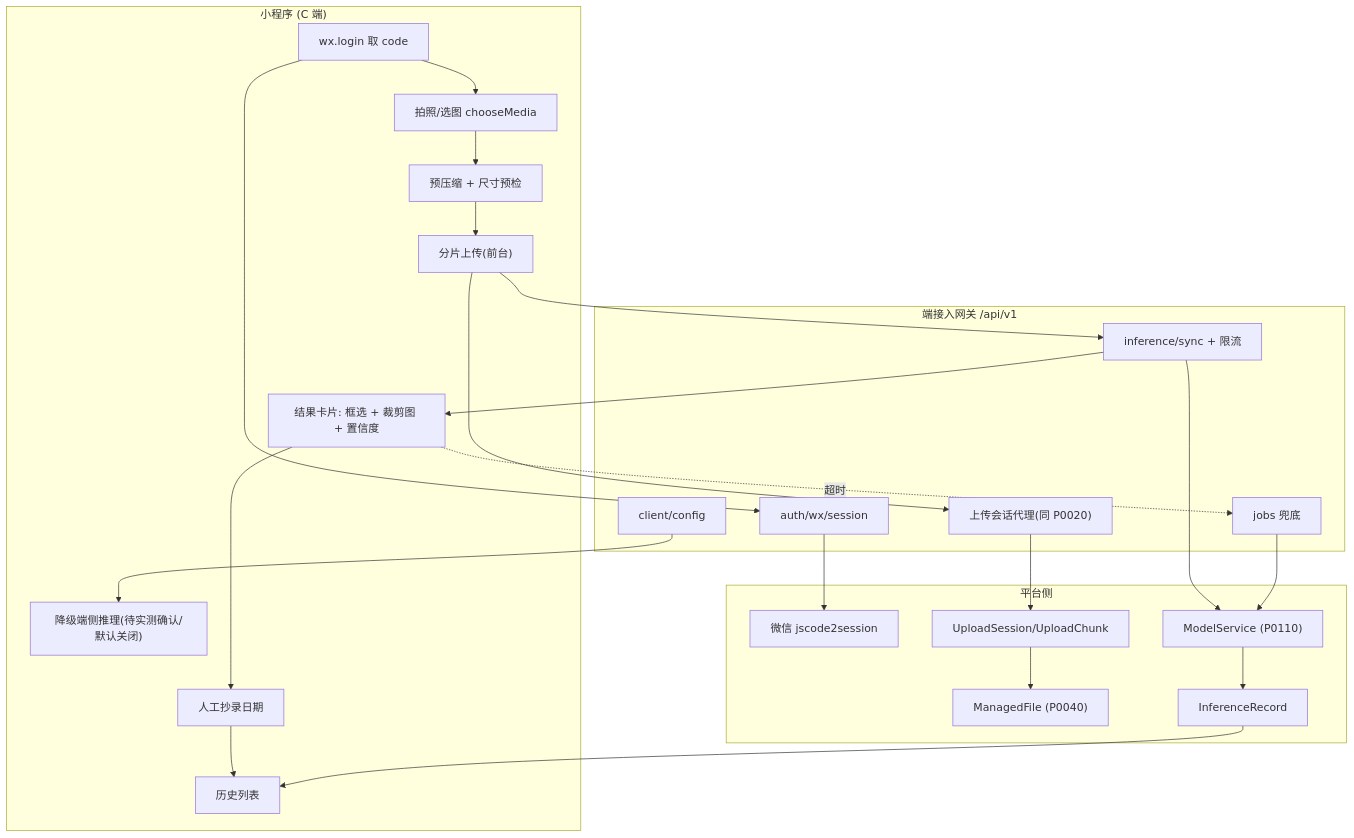
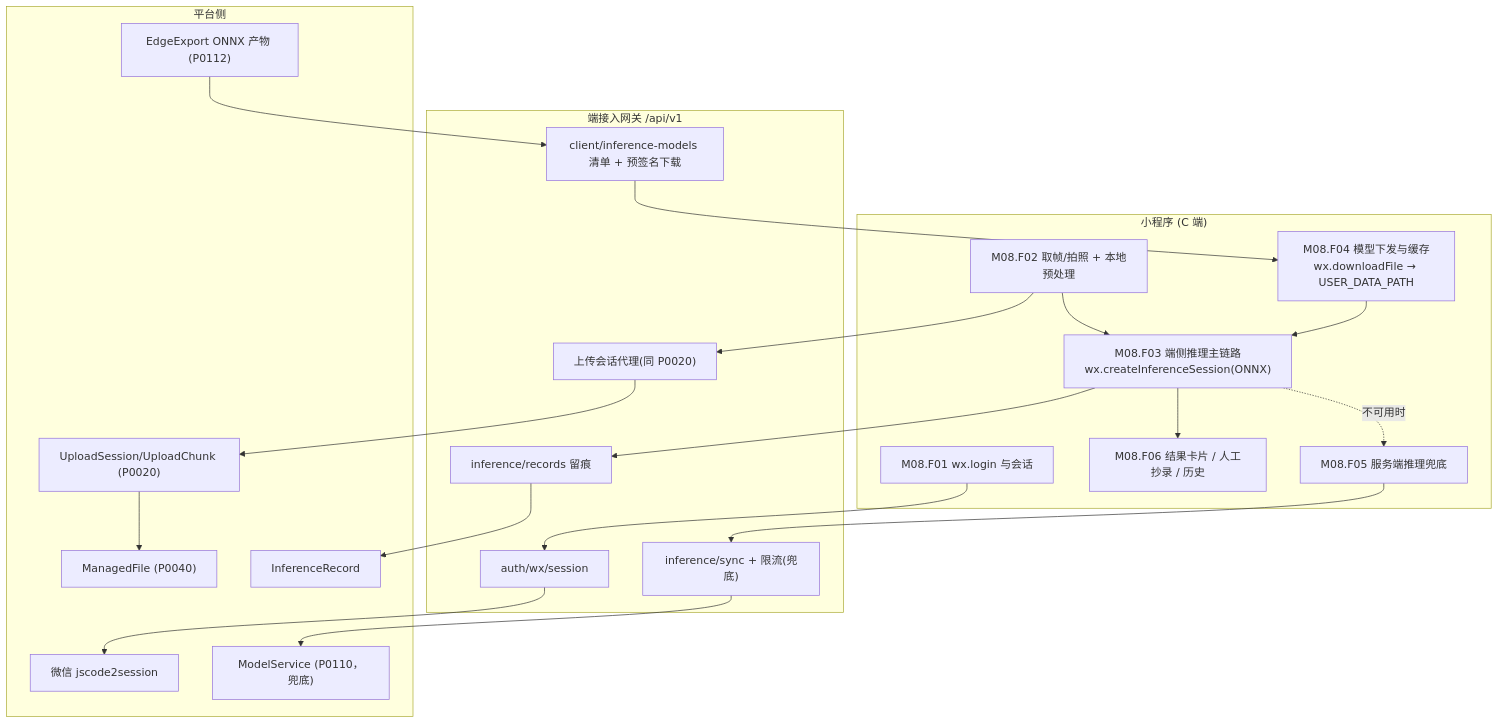
Before and after one commit to QingMouFoodDate/ProjectPRD: the first of 7 diagrams in PRD/08_端接入/P0120_小程序接入契约.md, drawn with Mermaid. The commit also changed other lines of this file and 1 other file, not shown here.

````diff
--- a/PRD/08_端接入/P0120_小程序接入契约.md
+++ b/PRD/08_端接入/P0120_小程序接入契约.md
@@ -95,21 +118,30 @@
 ```mermaid
 flowchart TD
     subgraph MP["小程序 (C 端)"]
-        L1["wx.login 取 code"] --> L2["拍照/选图 chooseMedia"] --> L3["预压缩 + 尺寸预检"] --> L4["分片上传(前台)"]
-        L5["结果卡片: 框选 + 裁剪图 + 置信度"] --> L6["人工抄录日期"] --> L7["历史列表"]
-        L8["降级端侧推理(待实测确认/默认关闭)"]
+        L1["M08.F01 wx.login 与会话"]
+        L2["M08.F02 取帧/拍照 + 本地预处理"]
+        L3["M08.F03 端侧推理主链路<br/>wx.createInferenceSession(ONNX)"]
+        L4["M08.F04 模型下发与缓存<br/>wx.downloadFile → USER_DATA_PATH"]
+        L5["M08.F06 结果卡片 / 人工抄录 / 历史"]
+        L6["M08.F05 服务端推理兜底"]
     end
     subgraph GW["端接入网关 /api/v1"]
-        G1["auth/wx/session"]; G2["上传会话代理(同 P0020)"]; G3["inference/sync + 限流"]; G4["client/config"]; G5["jobs 兜底"]
+        G1["auth/wx/session"]; G2["上传会话代理(同 P0020)"]
+        G3["client/inference-models 清单 + 预签名下载"]
+        G4["inference/sync + 限流(兜底)"]; G5["inference/records 留痕"]
     end
     subgraph PLAT["平台侧"]
-        WX["微信 jscode2session"]; U["UploadSession/UploadChunk"]; MF["ManagedFile (P0040)"]; MS["ModelService (P0110)"]; REC["InferenceRecord"]
+        WX["微信 jscode2session"]; U["UploadSession/UploadChunk (P0020)"]
+        MF["ManagedFile (P0040)"]; MS["ModelService (P0110，兜底)"]
+        EX["EdgeExport ONNX 产物 (P0112)"]; REC["InferenceRecord"]
     end
     L1 --> G1 --> WX
-    L4 --> G2 --> U --> MF
-    L4 --> G3 --> MS --> REC
-    G3 --> L5
-    REC --> L7
-    G4 --> L8
-    L5 -.->|超时| G5 --> MS
+    L2 --> L3
+    G3 --> L4 --> L3
+    L3 --> L5
+    L3 -.->|不可用时| L6
+    L6 --> G4 --> MS
+    L2 --> G2 --> U --> MF
+    L3 --> G5 --> REC
+    EX --> G3
 ```
````
